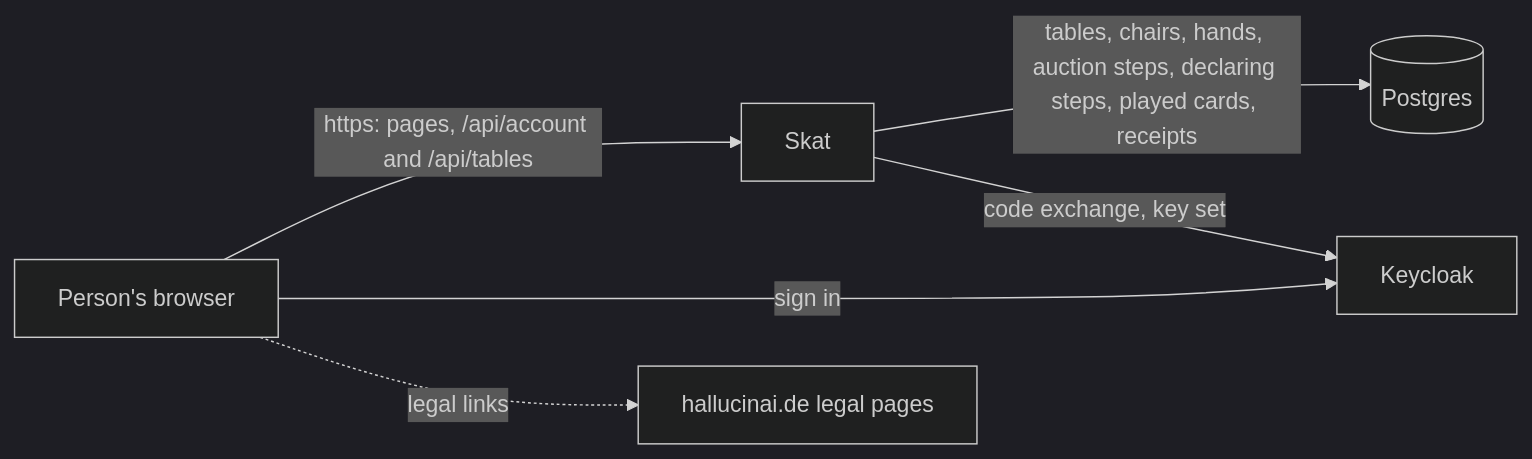
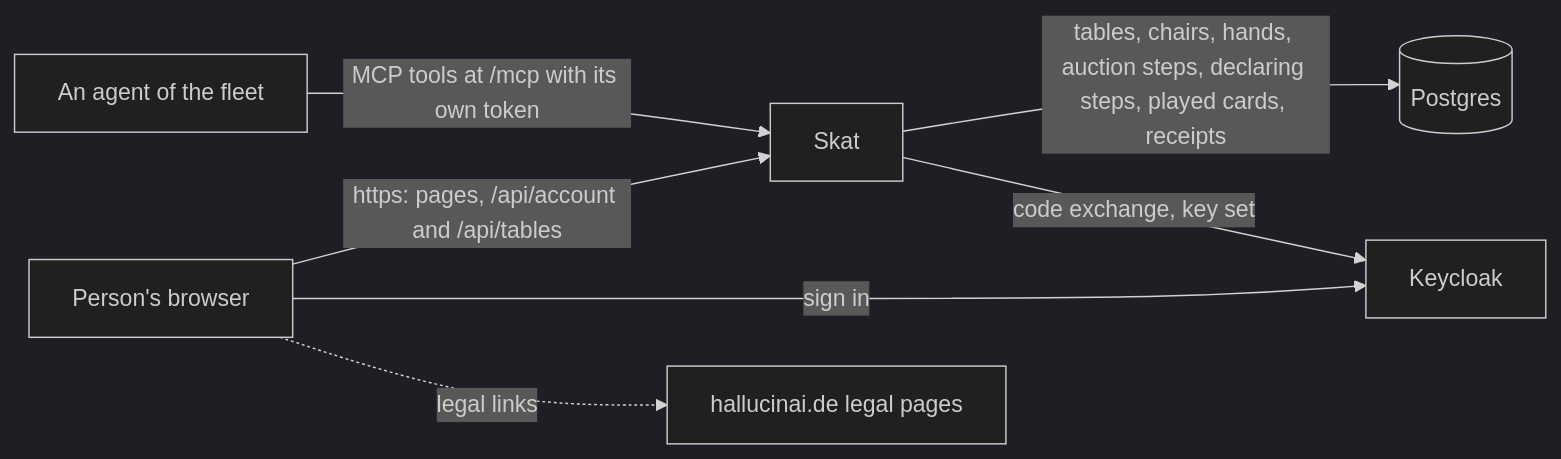
One commit to overnightworks/skat changed the first of 3 diagrams in docs/ARCHITECTURE.md. Above: the diagram before and after it, drawn with Mermaid (dark theme). The commit also changed other lines of this file and 20 other files, not shown here.

First line of the commit message:
Skat's /mcp front: an agent reads a table and plays a card (#165)

````diff
--- a/docs/ARCHITECTURE.md
+++ b/docs/ARCHITECTURE.md
@@ -7,8 +7,9 @@
 ```mermaid
 flowchart LR
     person["Person's browser"] -->|"https: pages, /api/account and /api/tables"| skat["Skat"]
     person -->|"sign in"| keycloak["Keycloak"]
+    agent["An agent of the fleet"] -->|"MCP tools at /mcp with its own token"| skat
     skat -->|"tables, chairs, hands, auction steps, declaring steps, played cards, receipts"| database[("Postgres")]
     skat -->|"code exchange, key set"| keycloak
     person -.->|"legal links"| legal["hallucinai.de legal pages"]
 ```
````
